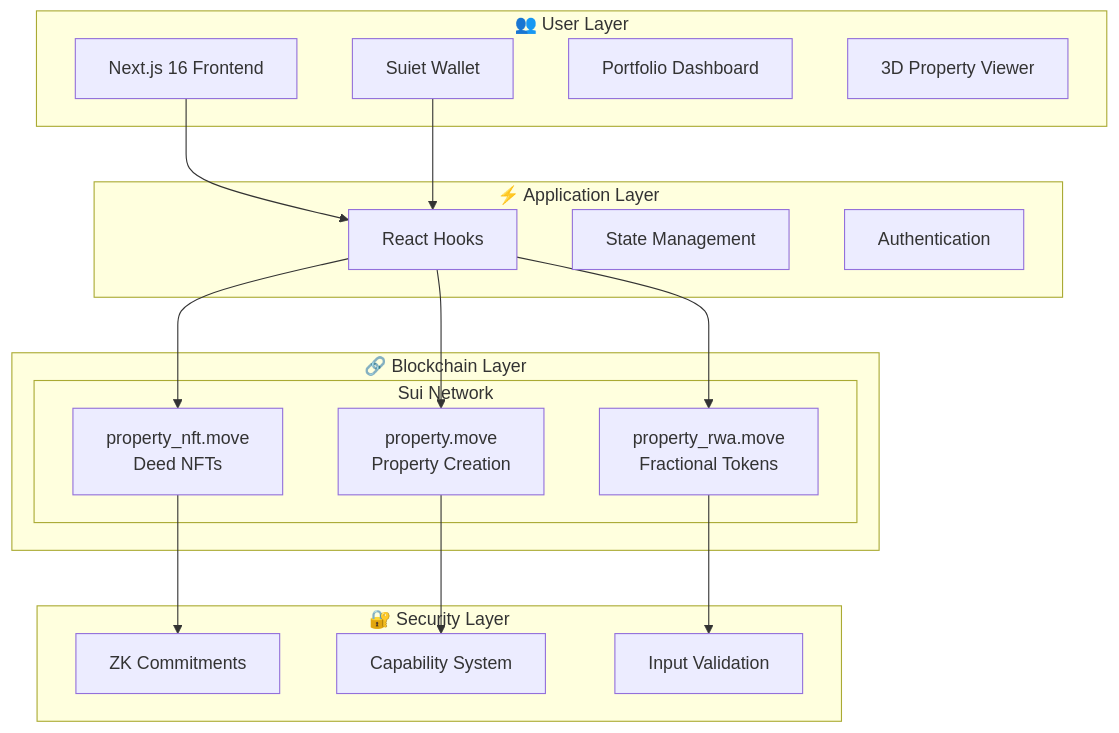
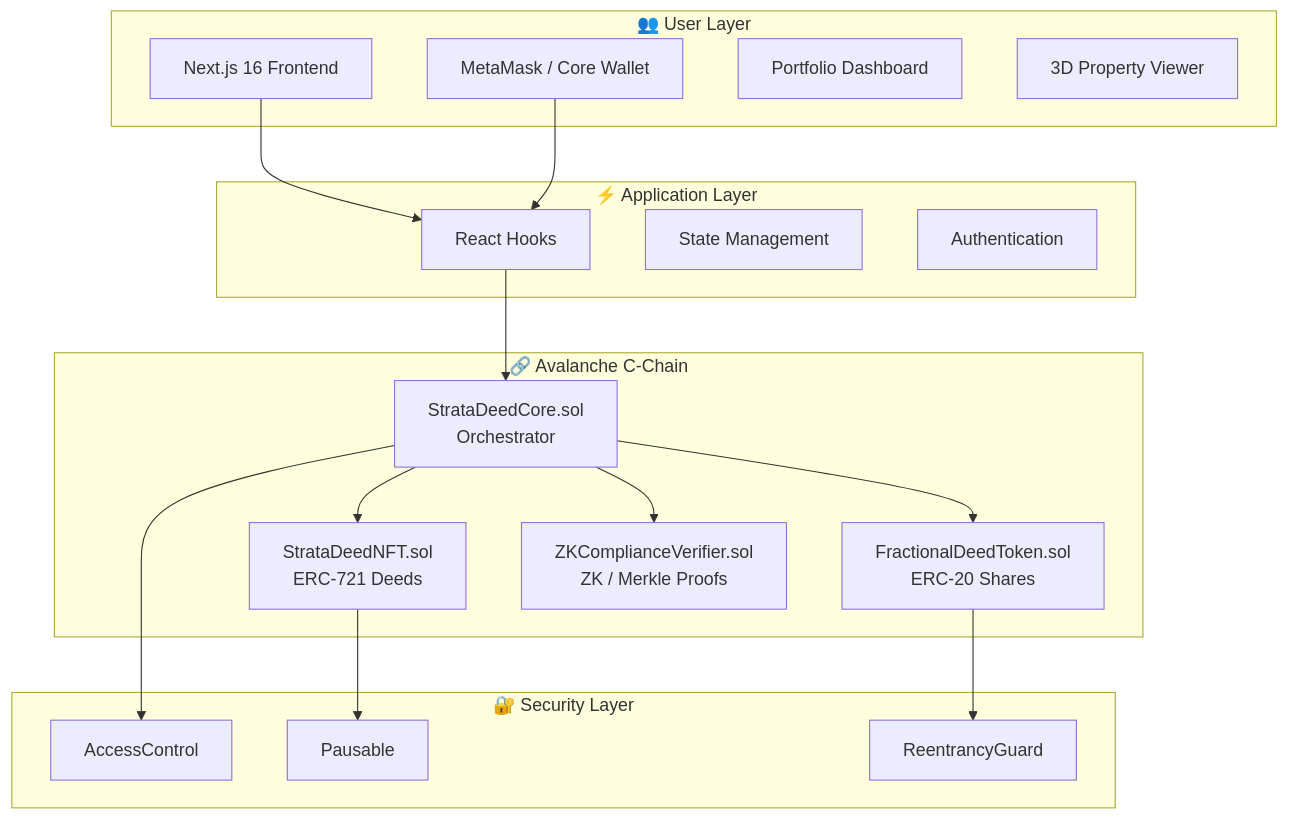
One commit to Vheek10/Build-games-2026 changed the diagram in README.md. Above: the diagram before and after it, drawn with Mermaid. The commit also changed other lines of this file and 14 other files, not shown here.

````diff
--- a/README.md
+++ b/README.md
@@ -100,38 +127,38 @@
 ```mermaid
 graph TB
     subgraph "👥 User Layer"
         UI[Next.js 16 Frontend]
-        WALLET[Suiet Wallet]
+        WALLET[MetaMask / Core Wallet]
         DASH[Portfolio Dashboard]
         VIEWER[3D Property Viewer]
     end
 
     subgraph "⚡ Application Layer"
         HOOKS[React Hooks]
         STATE[State Management]
         AUTH[Authentication]
     end
 
-    subgraph "🔗 Blockchain Layer"
-        subgraph "Sui Network"
-            PROPERTY[property.move<br/>Property Creation]
-            NFT[property_nft.move<br/>Deed NFTs]
-            RWA[property_rwa.move<br/>Fractional Tokens]
-        end
+    subgraph "🔗 Avalanche C-Chain"
+        CORE[StrataDeedCore.sol<br/>Orchestrator]
+        NFT[StrataDeedNFT.sol<br/>ERC-721 Deeds]
+        FRAC[FractionalDeedToken.sol<br/>ERC-20 Shares]
+        ZK[ZKComplianceVerifier.sol<br/>ZK / Merkle Proofs]
     end
 
     subgraph "🔐 Security Layer"
-        ZK[ZK Commitments]
-        CAP[Capability System]
-        VALID[Input Validation]
+        AC[AccessControl]
+        PAUSE[Pausable]
+        REENT[ReentrancyGuard]
     end
 
     UI --> HOOKS
     WALLET --> HOOKS
-    HOOKS --> PROPERTY
-    HOOKS --> NFT
-    HOOKS --> RWA
-    PROPERTY --> CAP
-    NFT --> ZK
-    RWA --> VALID
+    HOOKS --> CORE
+    CORE --> NFT
+    CORE --> FRAC
+    CORE --> ZK
+    CORE --> AC
+    NFT --> PAUSE
+    FRAC --> REENT
 ```
````
